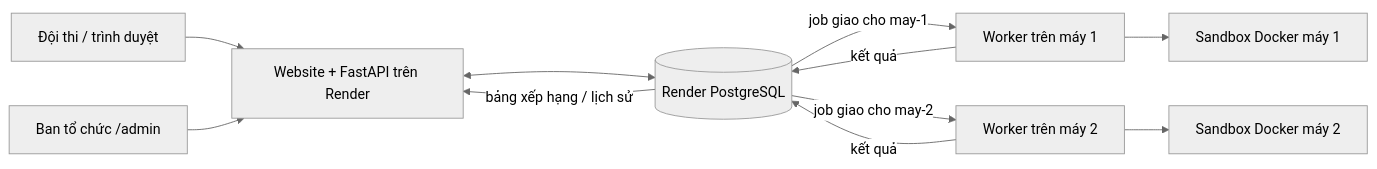
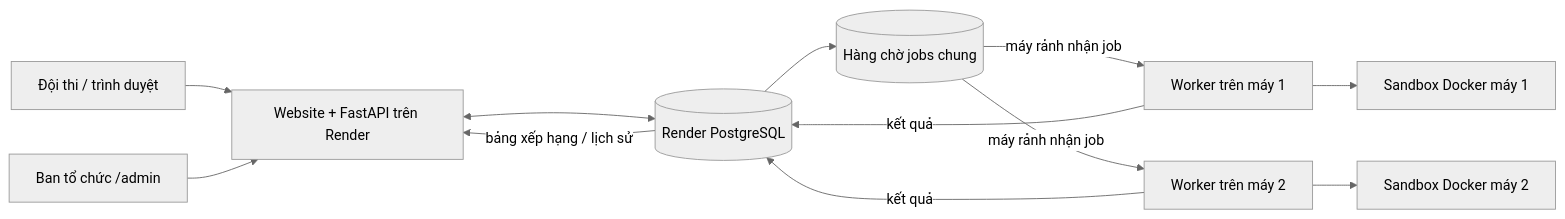
Before and after one commit to Ppt05/Laptrinhmang_G8: the diagram in README.md, drawn with Mermaid (neutral theme). The commit also changed other lines of this file and 5 other files, not shown here.

````diff
--- a/README.md
+++ b/README.md
@@ -14,13 +14,14 @@
 ```mermaid
 flowchart LR
     U[Đội thi / trình duyệt] --> WEB[Website + FastAPI trên Render]
     A[Ban tổ chức /admin] --> WEB
     WEB <--> DB[(Render PostgreSQL)]
-    DB -->|job giao cho may-1| W1[Worker trên máy 1]
-    DB -->|job giao cho may-2| W2[Worker trên máy 2]
+    DB --> Q[(Hàng chờ jobs chung)]
+    Q -->|máy rảnh nhận job| W1[Worker trên máy 1]
+    Q -->|máy rảnh nhận job| W2[Worker trên máy 2]
     W1 --> S1[Sandbox Docker máy 1]
     W2 --> S2[Sandbox Docker máy 2]
     W1 -->|kết quả| DB
     W2 -->|kết quả| DB
     DB -->|bảng xếp hạng / lịch sử| WEB
 ```
````
